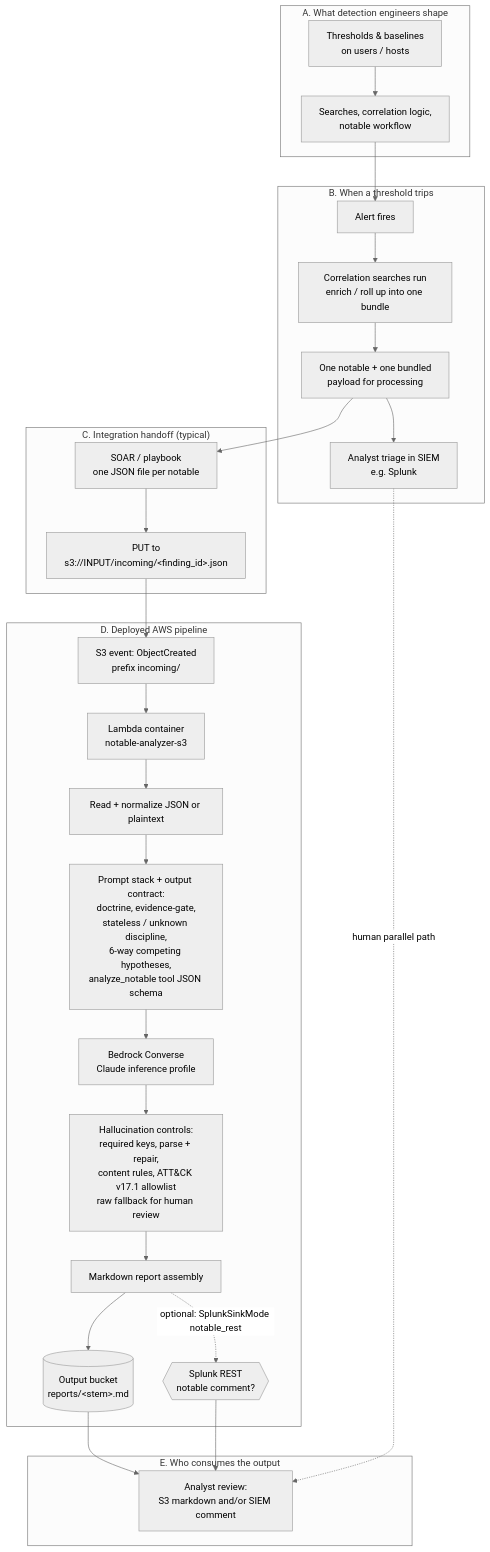
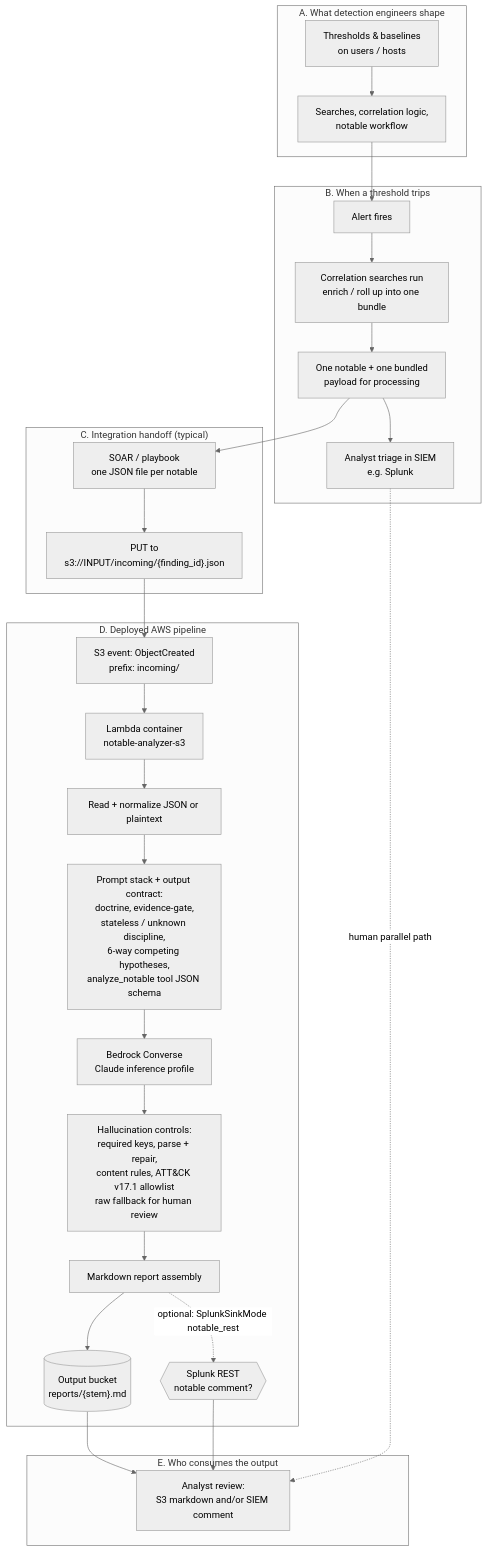
One commit to dreyna001/llm_notable_analysis changed the first of 4 diagrams in s3_notable_pipeline/END_TO_END_DIAGRAMS.md. Above: the diagram before and after it, drawn with Mermaid (neutral theme). The commit also changed other lines of this file, not shown here.

First line of the commit message:
docs(s3_notable_pipeline): update end-to-end diagrams

````diff
--- a/s3_notable_pipeline/END_TO_END_DIAGRAMS.md
+++ b/s3_notable_pipeline/END_TO_END_DIAGRAMS.md
@@ -16,55 +16,55 @@
 ```mermaid
 flowchart TB
   subgraph Authoring["A. What detection engineers shape"]
     DE[Thresholds & baselines<br/>on users / hosts]
     NR[Searches, correlation logic,<br/>notable workflow]
   end
 
   subgraph Live["B. When a threshold trips"]
     POP[Alert fires]
     CORR[Correlation searches run<br/>enrich / roll up into one bundle]
     NOT[One notable + one bundled<br/>payload for processing]
     ANA[Analyst triage in SIEM<br/>e.g. Splunk]
   end
 
   subgraph Package["C. Integration handoff (typical)"]
     SOAR[SOAR / playbook<br/>one JSON file per notable]
-    PUT[PUT to<br/>s3://INPUT/incoming/&lt;finding_id&gt;.json]
+    PUT["PUT to<br/>s3://INPUT/incoming/{finding_id}.json"]
   end
 
   subgraph AWS["D. Deployed AWS pipeline"]
-    EVT[S3 event: ObjectCreated<br/>prefix incoming/]
+    EVT["S3 event: ObjectCreated<br/>prefix: incoming/"]
     LAM[Lambda container<br/>notable-analyzer-s3]
     READ[Read + normalize JSON or plaintext]
     PRM[Prompt stack + output contract:<br/>doctrine, evidence-gate,<br/>stateless / unknown discipline,<br/>6-way competing hypotheses,<br/>analyze_notable tool JSON schema]
     BD[Bedrock Converse<br/>Claude inference profile]
-    VAL[Hallucination controls:<br/>required keys, parse + repair,<br/>content rules, ATT&amp;CK v17.1 allowlist<br/>raw fallback for human review]
+    VAL["Hallucination controls:<br/>required keys, parse + repair,<br/>content rules, ATT&CK v17.1 allowlist<br/>raw fallback for human review"]
     MD[Markdown report assembly]
-    OUT[(Output bucket<br/>reports/&lt;stem&gt;.md)]
+    OUT[("Output bucket<br/>reports/{stem}.md")]
     SPLK{{Splunk REST<br/>notable comment?}}
   end
 
   subgraph Consume["E. Who consumes the output"]
     REV[Analyst review:<br/>S3 markdown and/or SIEM comment]
   end
 
   DE --> NR
   NR --> POP
   POP --> CORR
   CORR --> NOT
   NOT --> ANA
   NOT --> SOAR
   SOAR --> PUT
   PUT --> EVT
   EVT --> LAM
   LAM --> READ
   READ --> PRM
   PRM --> BD
   BD --> VAL
   VAL --> MD
   MD --> OUT
   MD -. optional: SplunkSinkMode notable_rest .-> SPLK
   OUT --> REV
   SPLK --> REV
   ANA -. human parallel path .-> REV
 ```
````
